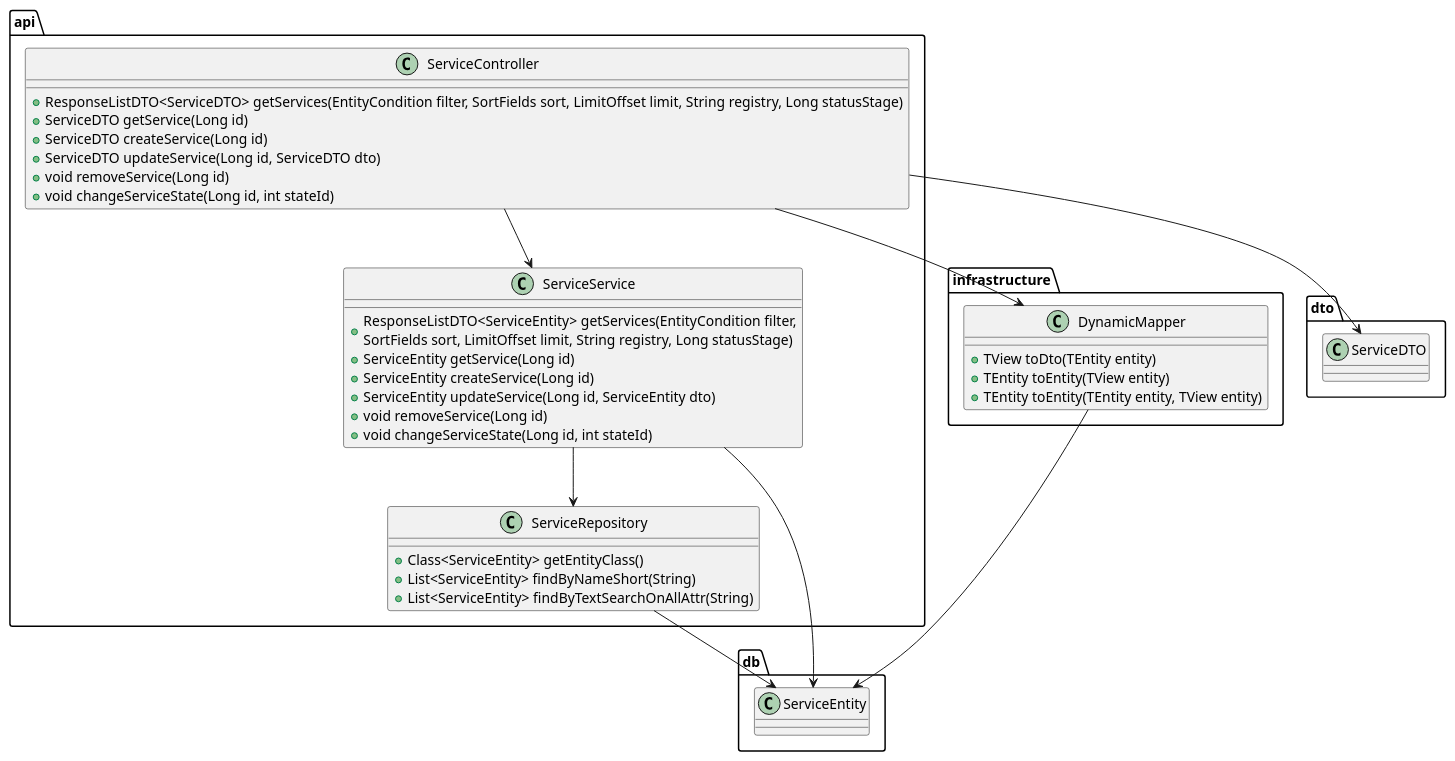
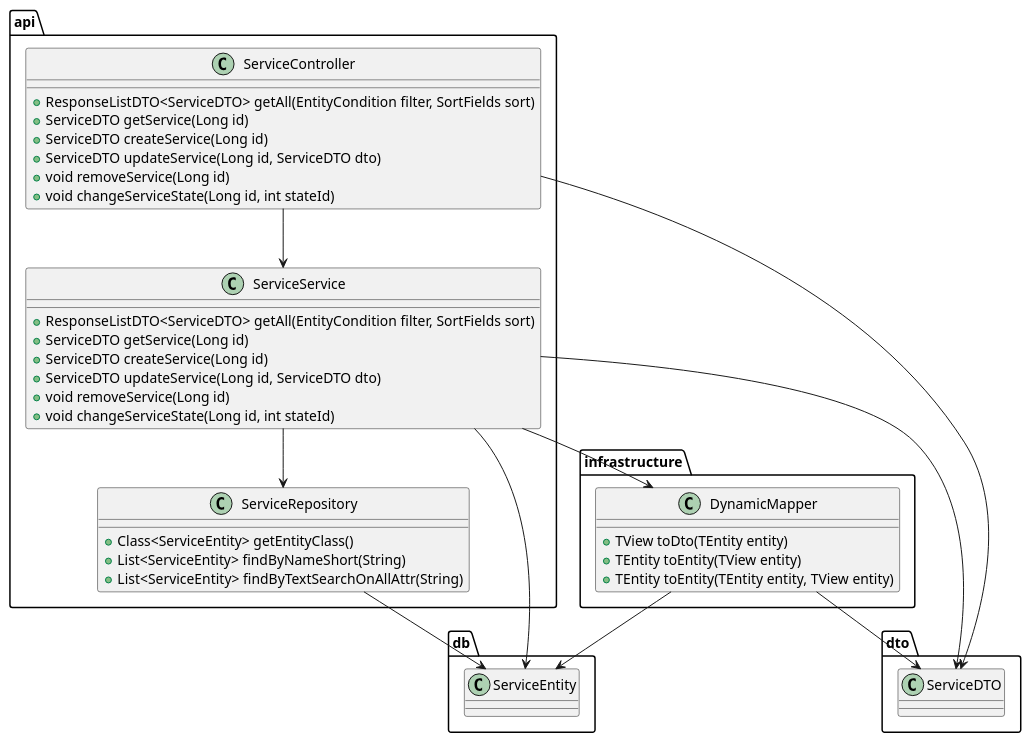
One commit to yespeace13/path-to-end changed the diagram in api-classes/api-classes-services.puml. Above: the diagram before and after it, drawn with PlantUML. The commit also changed 3 other files, not shown here.

```diff
--- a/api-classes/api-classes-services.puml
+++ b/api-classes/api-classes-services.puml
@@ -1,60 +1,65 @@
 @startuml
 
 class api.ServiceController {
-  + ResponseListDTO<ServiceDTO> getServices(EntityCondition filter, SortFields sort, LimitOffset limit, String registry, Long statusStage)
+  + ResponseListDTO<ServiceDTO> getAll(EntityCondition filter, SortFields sort)
   + ServiceDTO getService(Long id)
   + ServiceDTO createService(Long id)
   + ServiceDTO updateService(Long id, ServiceDTO dto)
   + void removeService(Long id)
   + void changeServiceState(Long id, int stateId)
 }
 
 class api.ServiceService {
-  + ResponseListDTO<ServiceEntity> getServices(EntityCondition filter,\nSortFields sort, LimitOffset limit, String registry, Long statusStage)
-  + ServiceEntity getService(Long id)
-  + ServiceEntity createService(Long id)
-  + ServiceEntity updateService(Long id, ServiceEntity dto)
+  + ResponseListDTO<ServiceDTO> getAll(EntityCondition filter, SortFields sort)
+  + ServiceDTO getService(Long id)
+  + ServiceDTO createService(Long id)
+  + ServiceDTO updateService(Long id, ServiceDTO dto)
   + void removeService(Long id)
   + void changeServiceState(Long id, int stateId)
 }
 
 class infrastructure.DynamicMapper {
   + TView toDto(TEntity entity)
   + TEntity toEntity(TView entity)
   + TEntity toEntity(TEntity entity, TView entity)
 }
 
 class dto.ServiceDTO {
 
 }
 
 class api.ServiceRepository {
 + Class<ServiceEntity> getEntityClass()
 + List<ServiceEntity> findByNameShort(String)
 + List<ServiceEntity> findByTextSearchOnAllAttr(String)
 }
 
 class db.ServiceEntity {
 '- String nameFull
 '- String nameShort
 '- LocalDate activeFrom
 '- LocalDate activeTo
 '- boolean personEnabled
 '- boolean businessmanEnabled
 '- boolean companyEnabled
 '- String picUrl
 '- int state
 '- Integer restrictions
 '- String serviceCode
 '- String scriptText
 '- Integer orderNumber
 }
 
 ServiceController --> ServiceDTO
 ServiceController --> ServiceService
-ServiceController --> DynamicMapper
+
+ServiceService --> ServiceDTO
 ServiceService --> ServiceRepository
+ServiceService --> DynamicMapper
+
 ServiceRepository --> ServiceEntity
 ServiceService --> ServiceEntity
+
 DynamicMapper --> ServiceEntity
+DynamicMapper --> ServiceDTO
 @enduml
```
